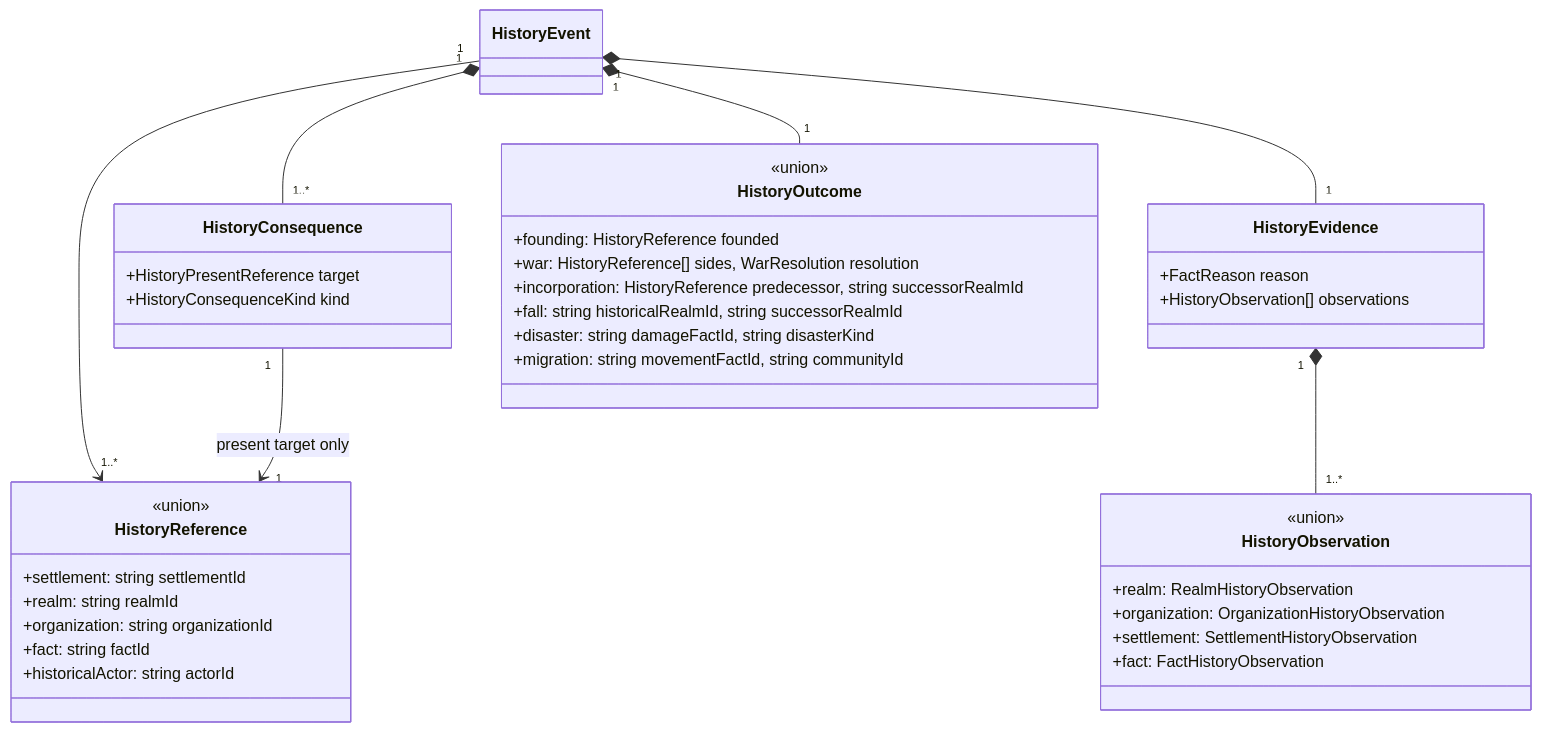
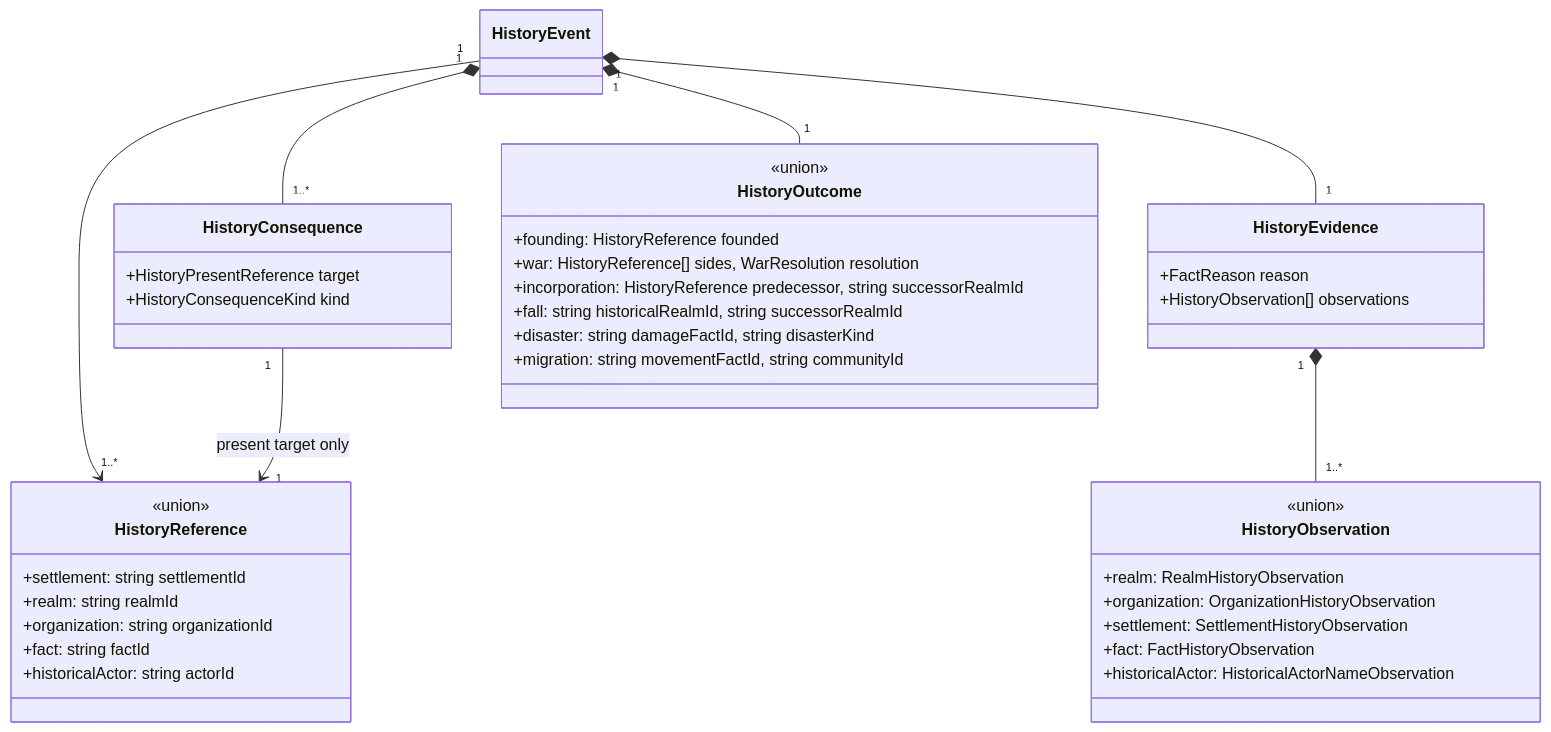
The second of 2 diagrams in docs/region-history.md (ironarachne/ironarachne), drawn with Mermaid before and after one commit. The commit also changed other lines of this file and 24 other files, not shown here.

````diff
--- a/docs/region-history.md
+++ b/docs/region-history.md
@@ -158,41 +162,42 @@
 ```mermaid
 classDiagram
     class HistoryReference {
         <<union>>
         +settlement: string settlementId
         +realm: string realmId
         +organization: string organizationId
         +fact: string factId
         +historicalActor: string actorId
     }
     class HistoryConsequence {
         +HistoryPresentReference target
         +HistoryConsequenceKind kind
     }
     class HistoryEvidence {
         +FactReason reason
         +HistoryObservation[] observations
     }
     class HistoryObservation {
         <<union>>
         +realm: RealmHistoryObservation
         +organization: OrganizationHistoryObservation
         +settlement: SettlementHistoryObservation
         +fact: FactHistoryObservation
+        +historicalActor: HistoricalActorNameObservation
     }
     class HistoryOutcome {
         <<union>>
         +founding: HistoryReference founded
         +war: HistoryReference[] sides, WarResolution resolution
         +incorporation: HistoryReference predecessor, string successorRealmId
         +fall: string historicalRealmId, string successorRealmId
         +disaster: string damageFactId, string disasterKind
         +migration: string movementFactId, string communityId
     }
     HistoryEvent "1" *-- "1..*" HistoryConsequence
     HistoryEvent "1" *-- "1" HistoryEvidence
     HistoryEvent "1" *-- "1" HistoryOutcome
     HistoryEvent "1" --> "1..*" HistoryReference
     HistoryEvidence "1" *-- "1..*" HistoryObservation
     HistoryConsequence "1" --> "1" HistoryReference : present target only
 ```
````
